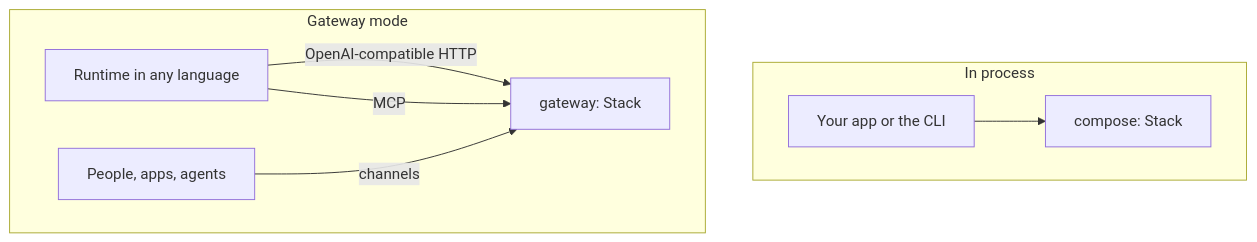
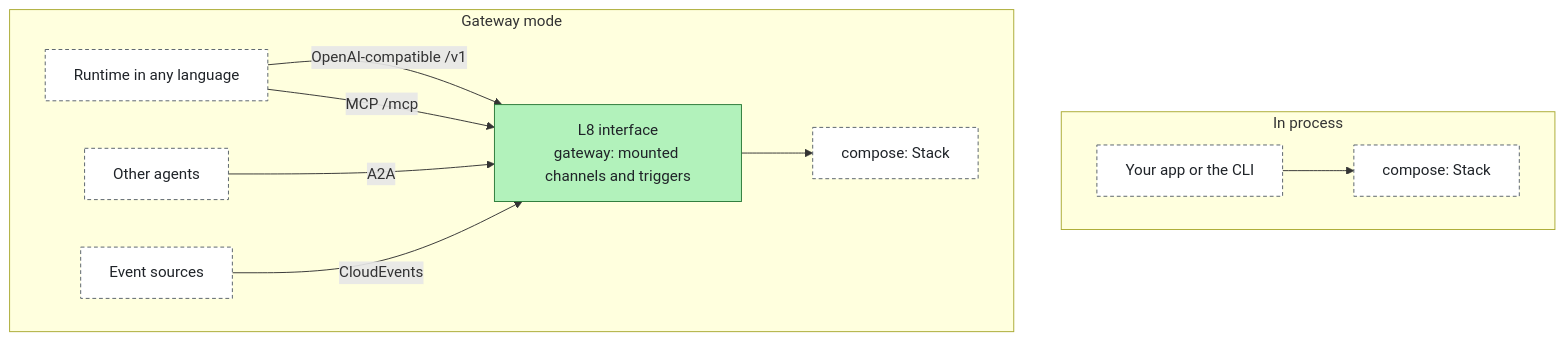
Before and after one commit to aantenore/agent-layers: the second of 3 diagrams in docs/architecture.md, drawn with Mermaid. The commit also changed other lines of this file and 6 other files, not shown here.

Commit message:
docs: gateway guide, modes and topology diagrams, inbound adapters in the catalog

````diff
--- a/docs/architecture.md
+++ b/docs/architecture.md
@@ -121,11 +130,15 @@
 ```mermaid
 flowchart TB
   subgraph inproc[In process]
-    app[Your app or the CLI] --> stack1[compose: Stack]
+    app[Your app or the CLI]:::external --> stack1[compose: Stack]:::external
   end
-  subgraph gw[Gateway mode]
-    any[Runtime in any language] -->|OpenAI-compatible HTTP| gwy[gateway: Stack]
-    any -->|MCP| gwy
-    users[People, apps, agents] -->|channels| gwy
+  subgraph gwm[Gateway mode]
+    any[Runtime in any language]:::external -->|OpenAI-compatible /v1| gwy[L8 interface<br/>gateway: mounted channels and triggers]:::experience
+    any -->|MCP /mcp| gwy
+    peers[Other agents]:::external -->|A2A| gwy
+    events[Event sources]:::external -->|CloudEvents| gwy
+    gwy --> stack2[compose: Stack]:::external
   end
+  classDef experience fill:#b2f2bb,stroke:#2a7a38,color:#1f2328
+  classDef external fill:#ffffff,stroke:#57606a,color:#1f2328,stroke-dasharray:4 3
 ```
````
